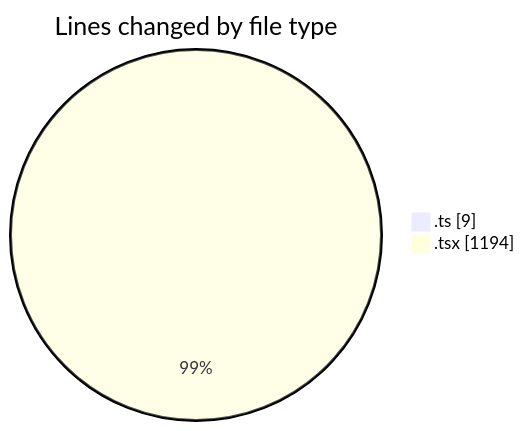
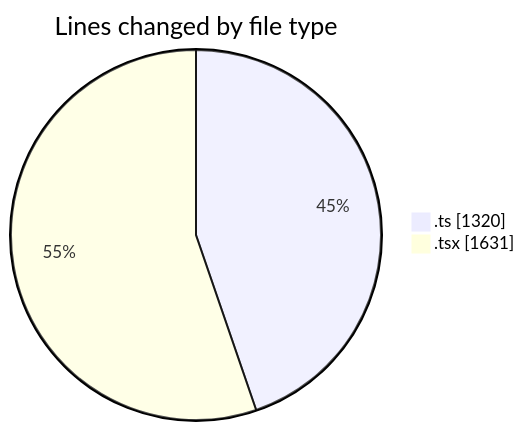
The first of 2 diagrams in 2025-07-01/cda/README.md (momahboobian/code-tracking), drawn with Mermaid before and after one commit. The commit also changed other lines of this file and 1 other file, not shown here.

````diff
--- a/2025-07-01/cda/README.md
+++ b/2025-07-01/cda/README.md
@@ -24,6 +28,6 @@
 ```mermaid
 pie showData
 title Lines changed by file type
-".ts" : 9
-".tsx" : 1194
+".ts" : 1320
+".tsx" : 1631
 ```
````
